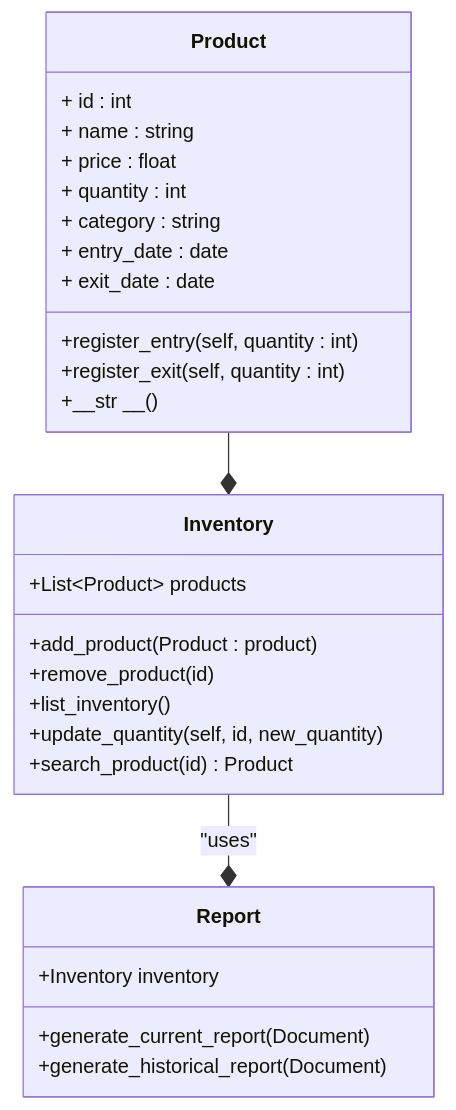
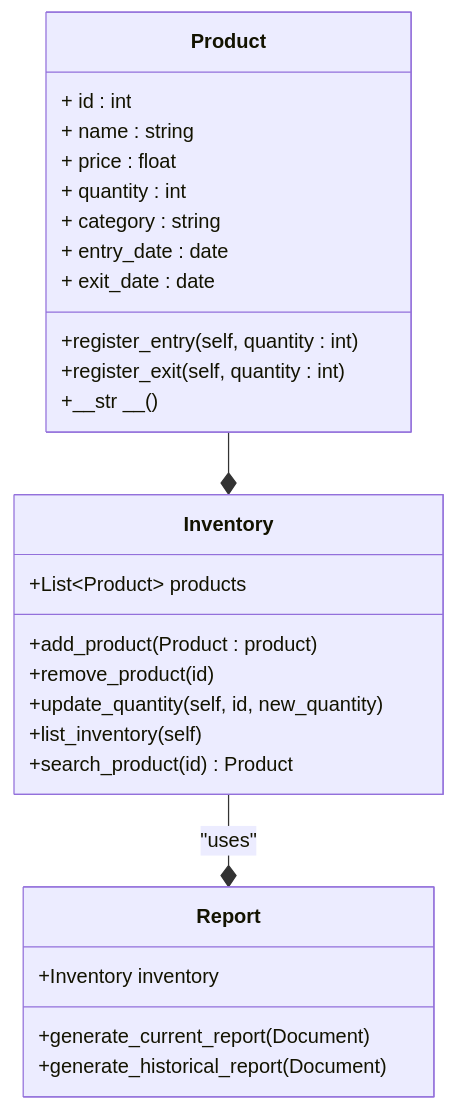
One commit to nisaespa/project_progress changed the diagram in README.md. Above: the diagram before and after it, drawn with Mermaid. The commit also changed other lines of this file, not shown here.

````diff
--- a/README.md
+++ b/README.md
@@ -6,33 +6,33 @@
 ``` mermaid
 classDiagram
     class Product {
         + id : int
         + name : string
         + price : float
         + quantity : int
         + category : string
         + entry_date : date
         + exit_date : date
         +register_entry(self, quantity : int)
         +register_exit(self, quantity : int)
         +__str __()
     }
 
     class Inventory {
         +List~Product~ products
         +add_product(Product : product)
         +remove_product(id)
-        +list_inventory()
         +update_quantity(self, id, new_quantity)
+        +list_inventory(self)
         +search_product(id) Product
     }
 
     class Report {
         +Inventory inventory
         +generate_current_report(Document)
         +generate_historical_report(Document)
     }
 
     Product --* Inventory
     Inventory --* Report : "uses"
 ```
````
